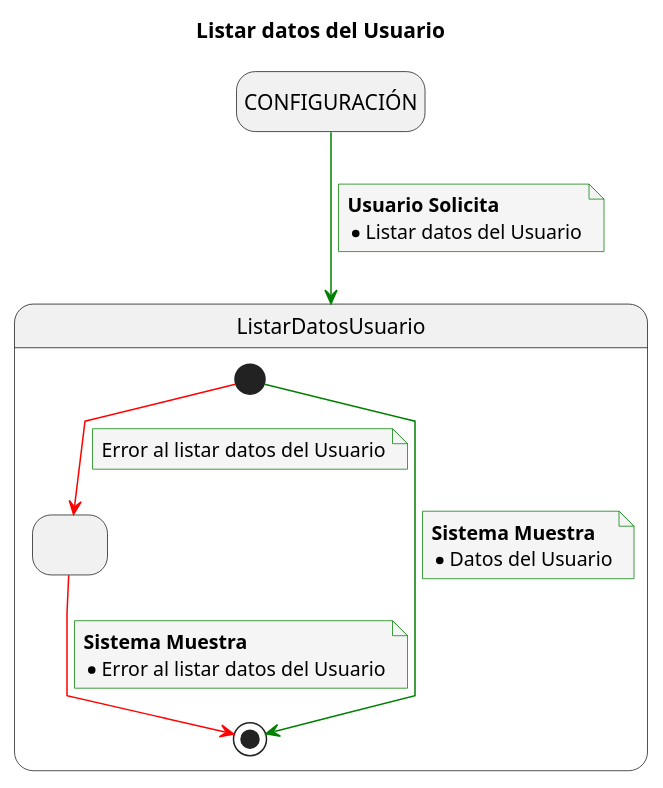
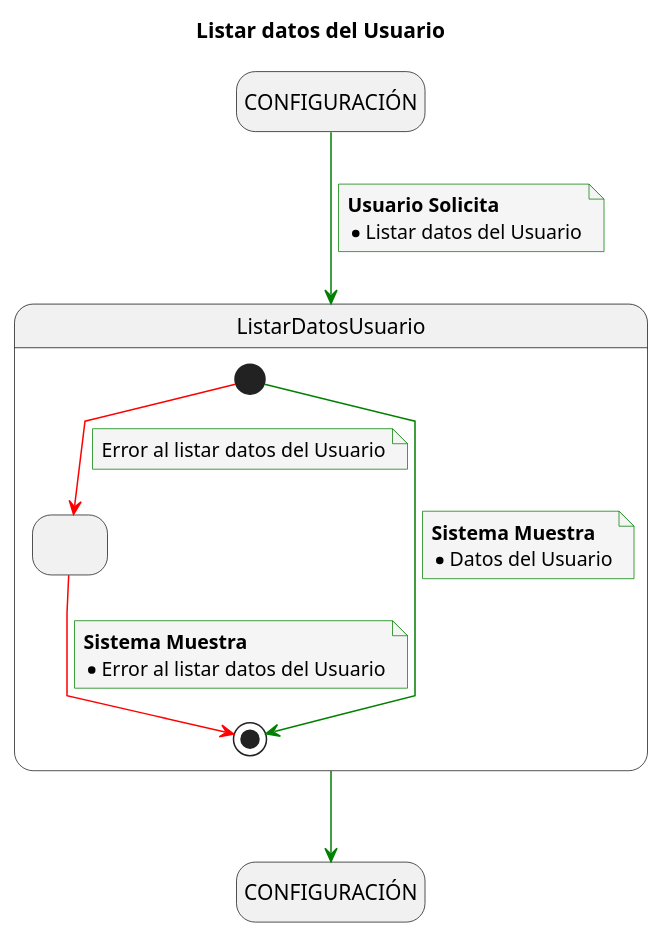
Before and after one commit to mmasias/23-24-IdSw1-SDR: the diagram in Caso_de_Uso/Casos_de_Uso/Usuarios/Listar_Datos_Usuario/Caso_de_Uso.puml, drawn with PlantUML. The commit also changed 59 other files, not shown here.

```diff
--- a/Caso_de_Uso/Casos_de_Uso/Usuarios/Listar_Datos_Usuario/Caso_de_Uso.puml
+++ b/Caso_de_Uso/Casos_de_Uso/Usuarios/Listar_Datos_Usuario/Caso_de_Uso.puml
@@ -1,44 +1,47 @@
 @startuml
 
 title Listar datos del Usuario
 
 skinparam {
     NoteBackgroundColor #whiteSmoke
     ArrowColor #green
     NoteBorderColor #green
     linetype polyline
 }
 
 hide empty description
 
 state startState as "CONFIGURACIÓN"
+state endState as "CONFIGURACIÓN"
 
 startState --> ListarDatosUsuario
 note on link
     <b>Usuario Solicita</b>
     * Listar datos del Usuario
 end note
+
+ListarDatosUsuario --> endState
 
 state ListarDatosUsuario {
     state 2 as " "
     [*] --> [*] 
     note on link
         <b>Sistema Muestra</b>
         * Datos del Usuario
     end note
 
     [*] -[#red]-> 2
     note on link
         Error al listar datos del Usuario
     end note
 
     2 -[#red]-> [*]
     note on link
         <b>Sistema Muestra</b>
         * Error al listar datos del Usuario
     end note
 
 
 }
 
 @enduml
```
